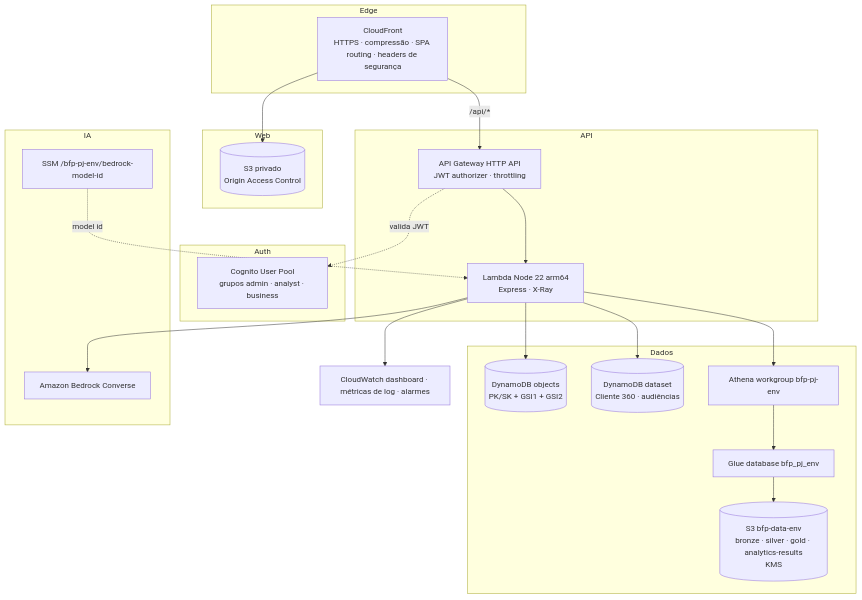
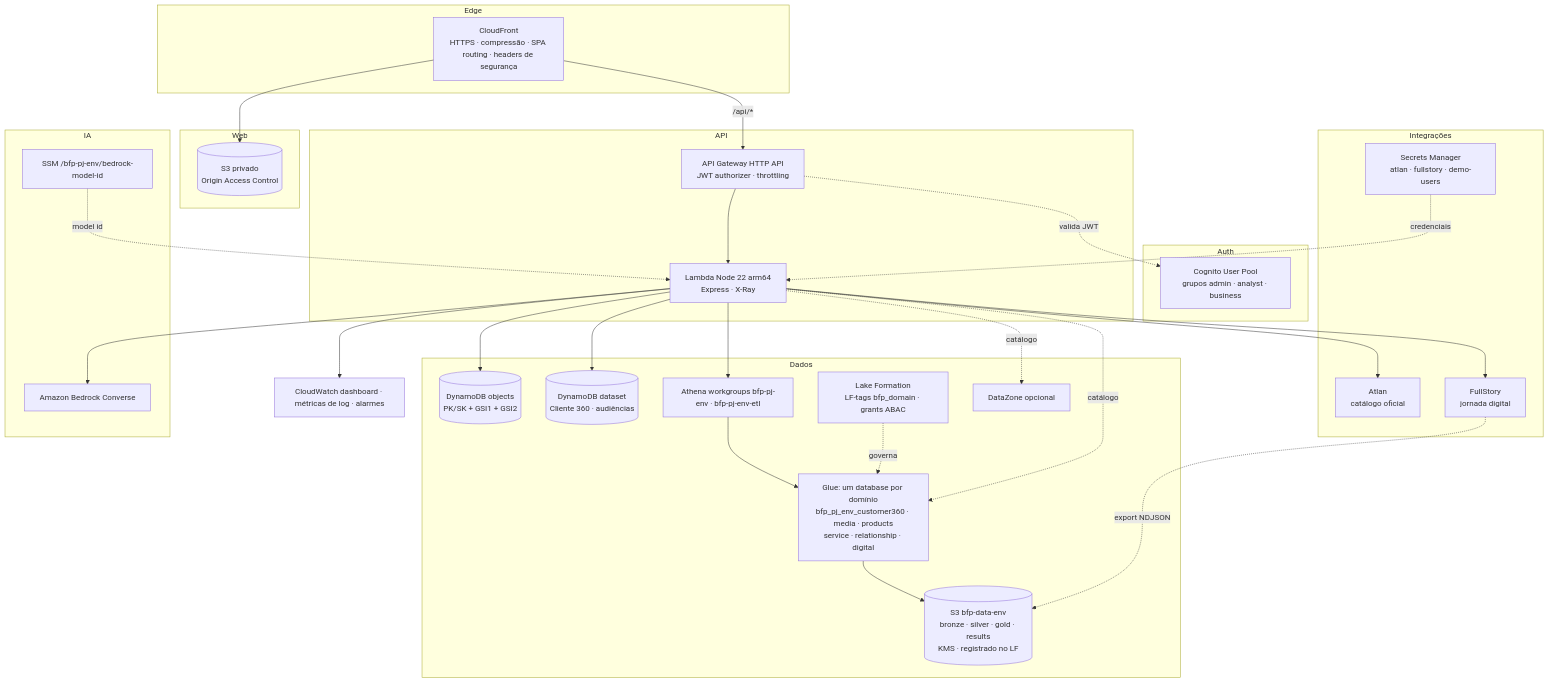
The diagram in docs/aws-architecture.md (ivanlinscosta/BFP-PJ), drawn with Mermaid before and after one commit. The commit also changed other lines of this file and 7 other files, not shown here.

````diff
--- a/docs/aws-architecture.md
+++ b/docs/aws-architecture.md
@@ -3,37 +3,49 @@
 ```mermaid
 flowchart TB
   subgraph Edge
     CF[CloudFront<br/>HTTPS · compressão · SPA routing · headers de segurança]
   end
   subgraph Web
     S3W[(S3 privado<br/>Origin Access Control)]
   end
   subgraph Auth
     COG[Cognito User Pool<br/>grupos admin · analyst · business]
   end
   subgraph API
     GW[API Gateway HTTP API<br/>JWT authorizer · throttling]
     L[Lambda Node 22 arm64<br/>Express · X-Ray]
   end
   subgraph Dados
     DDB[(DynamoDB objects<br/>PK/SK + GSI1 + GSI2)]
     DDS[(DynamoDB dataset<br/>Cliente 360 · audiências)]
-    ATH[Athena workgroup bfp-pj-env]
-    GLUE[Glue database bfp_pj_env]
-    LAKE[(S3 bfp-data-env<br/>bronze · silver · gold · analytics-results<br/>KMS)]
+    ATH[Athena workgroups bfp-pj-env · bfp-pj-env-etl]
+    GLUE[Glue: um database por domínio<br/>bfp_pj_env_customer360 · media · products<br/>service · relationship · digital]
+    LF[Lake Formation<br/>LF-tags bfp_domain · grants ABAC]
+    LAKE[(S3 bfp-data-env<br/>bronze · silver · gold · results<br/>KMS · registrado no LF)]
+    DZ[DataZone opcional]
+  end
+  subgraph Integracoes[Integrações]
+    SM[Secrets Manager<br/>atlan · fullstory · demo-users]
+    ATLAN[Atlan<br/>catálogo oficial]
+    FS[FullStory<br/>jornada digital]
   end
   subgraph IA
     SSM[SSM /bfp-pj-env/bedrock-model-id]
     BR[Amazon Bedrock Converse]
   end
   CW[CloudWatch dashboard · métricas de log · alarmes]
 
   CF --> S3W
   CF -->|/api/*| GW --> L
   GW -. valida JWT .-> COG
   L --> DDB & DDS
   L --> ATH --> GLUE --> LAKE
+  LF -. governa .-> GLUE
+  L -. catálogo .-> GLUE & DZ
+  SM -. credenciais .-> L
+  L --> ATLAN & FS
+  FS -. export NDJSON .-> LAKE
   L --> BR
   SSM -. model id .-> L
   L --> CW
 ```
````
